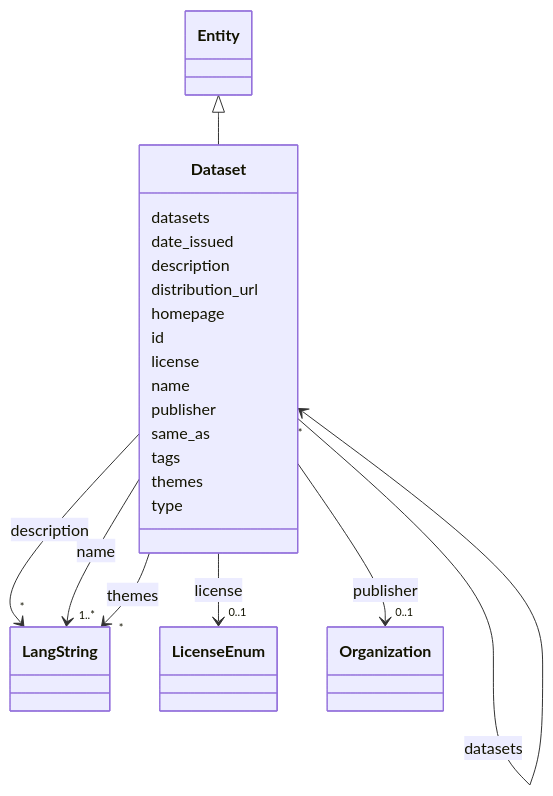
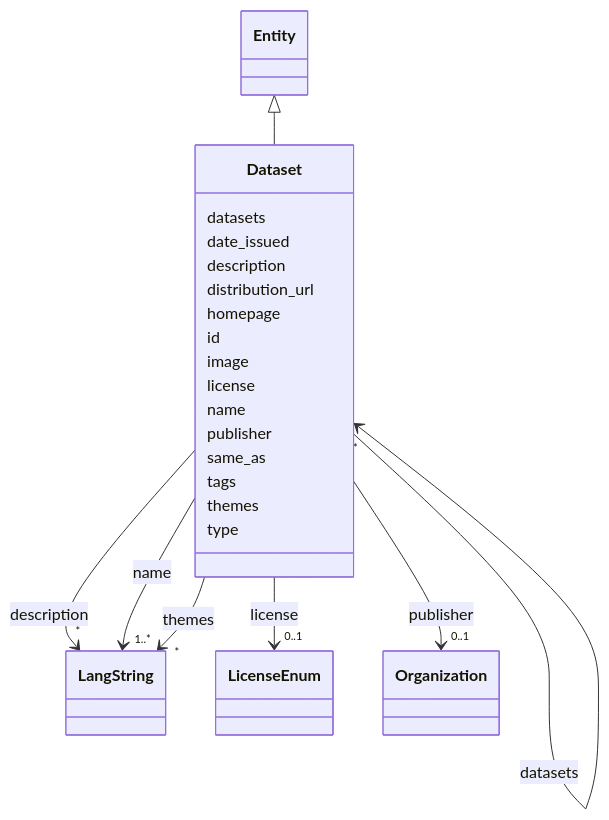
One commit to DARIAH-IL/idhi-manifests changed the diagram in docs/classes/Dataset.md. Above: the diagram before and after it, drawn with Mermaid. The commit also changed other lines of this file and 20 other files, not shown here.

```diff
--- a/docs/classes/Dataset.md
+++ b/docs/classes/Dataset.md
@@ -59,6 +59,8 @@
       Dataset : homepage
         
       Dataset : id
+        
+      Dataset : image
         
       Dataset : license
         
```
